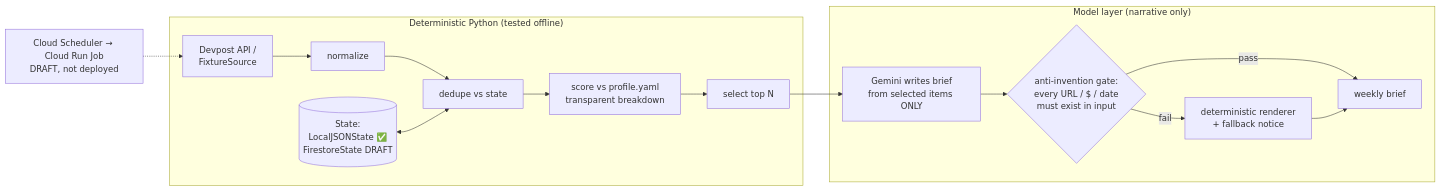
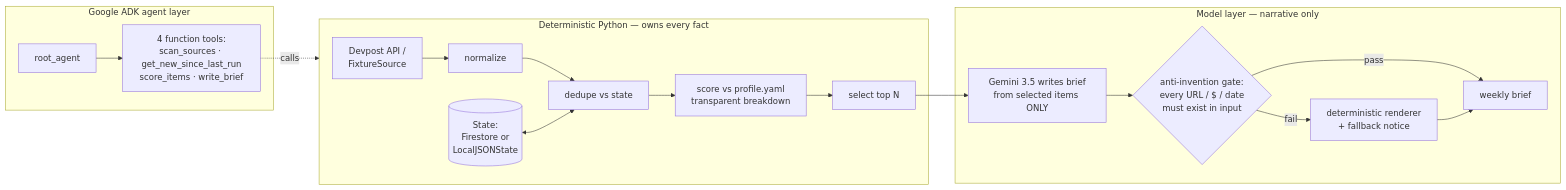
Before and after one commit to bakulbadwal/opportunity-radar: the diagram in README.md, drawn with Mermaid. The commit also changed other lines of this file and 3 other files, not shown here.

````diff
--- a/README.md
+++ b/README.md
@@ -48,17 +46,20 @@
 ```mermaid
 flowchart LR
-    subgraph deterministic["Deterministic Python (tested offline)"]
+    subgraph deterministic["Deterministic Python — owns every fact"]
         S[Devpost API /<br/>FixtureSource] --> N[normalize]
         N --> D[dedupe vs state]
         D --> SC[score vs profile.yaml<br/>transparent breakdown]
         SC --> SEL[select top N]
-        ST[(State:<br/>LocalJSONState ✅<br/>FirestoreState DRAFT)] <--> D
+        ST[(State:<br/>Firestore or<br/>LocalJSONState)] <--> D
     end
-    subgraph model["Model layer (narrative only)"]
-        SEL --> G[Gemini writes brief<br/>from selected items ONLY]
+    subgraph model["Model layer — narrative only"]
+        SEL --> G[Gemini 3.5 writes brief<br/>from selected items ONLY]
         G --> GATE{anti-invention gate:<br/>every URL / $ / date<br/>must exist in input}
         GATE -- pass --> B[weekly brief]
         GATE -- fail --> F[deterministic renderer<br/>+ fallback notice] --> B
     end
-    SCHED[Cloud Scheduler → Cloud Run Job<br/>DRAFT, not deployed] -.-> S
+    subgraph adk["Google ADK agent layer"]
+        A[root_agent] --> T[4 function tools:<br/>scan_sources · get_new_since_last_run<br/>score_items · write_brief]
+    end
+    T -.calls.-> deterministic
 ```
````
